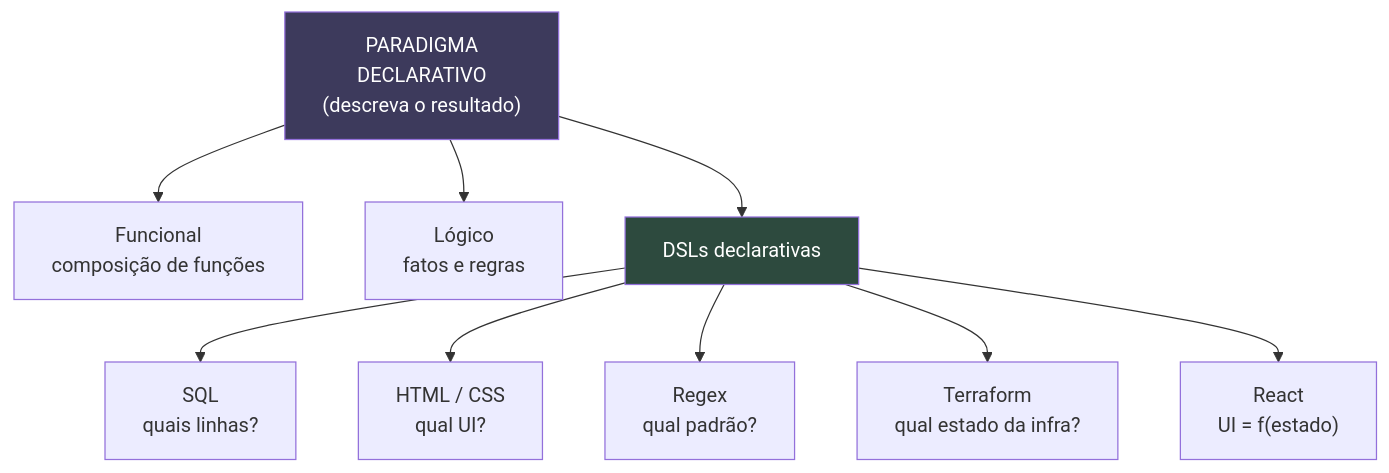
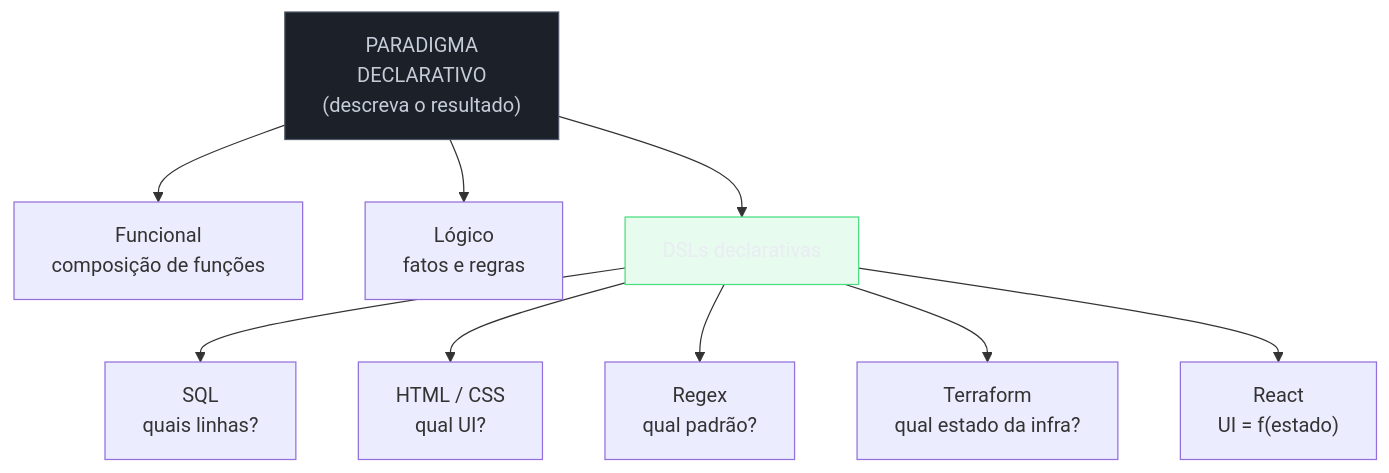
One commit to josenaldo/codex-technomanticus changed the second of 4 diagrams in 03-Dominios/Ciência/Paradigmas/04 - O paradigma declarativo.md. Above: the diagram before and after it, drawn with Mermaid. The commit also changed other lines of this file and 1181 other files, not shown here.

First line of the commit message:
fix(diagramas): paleta do sistema no lugar de cor cravada no markdown

````diff
--- a/03-Dominios/Ciência/Paradigmas/04 - O paradigma declarativo.md
+++ b/03-Dominios/Ciência/Paradigmas/04 - O paradigma declarativo.md
@@ -81,14 +84,16 @@
 ```mermaid
 flowchart TD
+    classDef neutro fill:#1B2029,stroke:#4E5666,color:#C6CCD8
+    classDef ok fill:#4ADE8021,stroke:#4ADE80,color:#E9ECF2
     D["PARADIGMA<br/>DECLARATIVO<br/>(descreva o resultado)"]
     D --> F["Funcional<br/>composição de funções"]
     D --> L["Lógico<br/>fatos e regras"]
     D --> DSL["DSLs declarativas"]
     DSL --> SQL["SQL<br/>quais linhas?"]
     DSL --> WEB["HTML / CSS<br/>qual UI?"]
     DSL --> RE["Regex<br/>qual padrão?"]
     DSL --> IAC["Terraform<br/>qual estado da infra?"]
     DSL --> RX["React<br/>UI = f(estado)"]
-    style D fill:#3d3a5c,color:#fff
-    style DSL fill:#2d4a3e,color:#fff
+    class D neutro
+    class DSL ok
 ```
````
